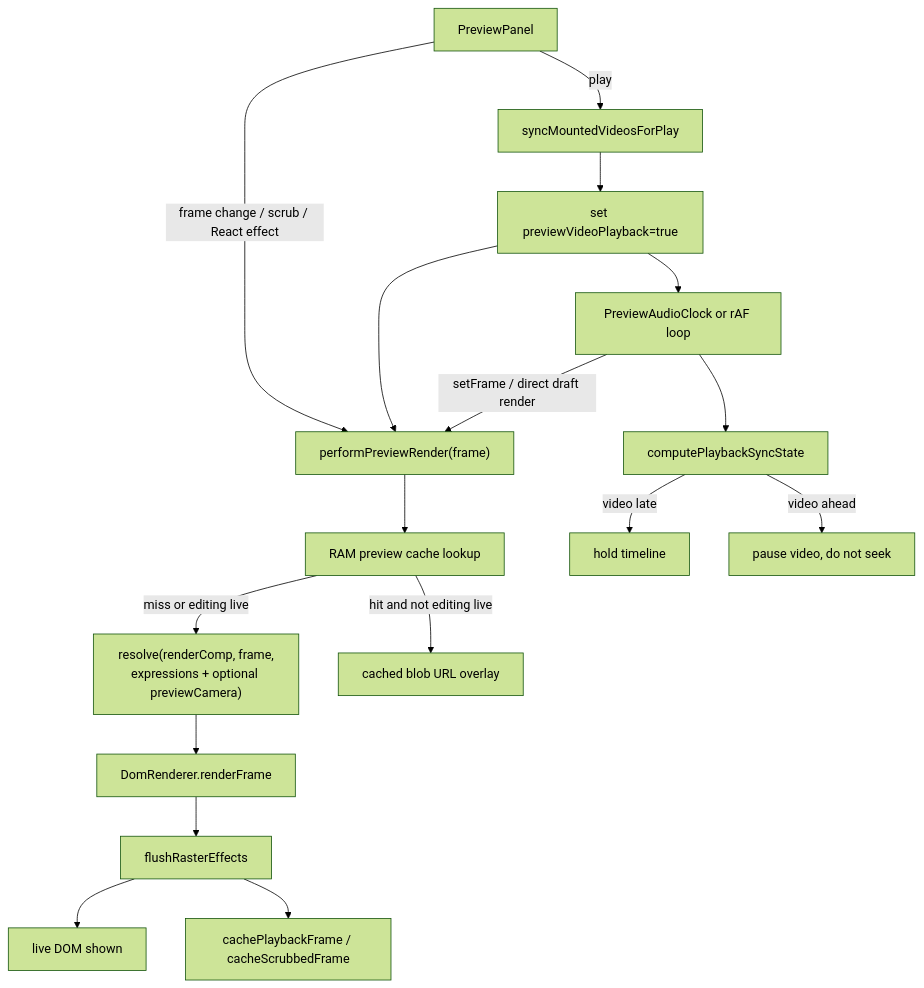
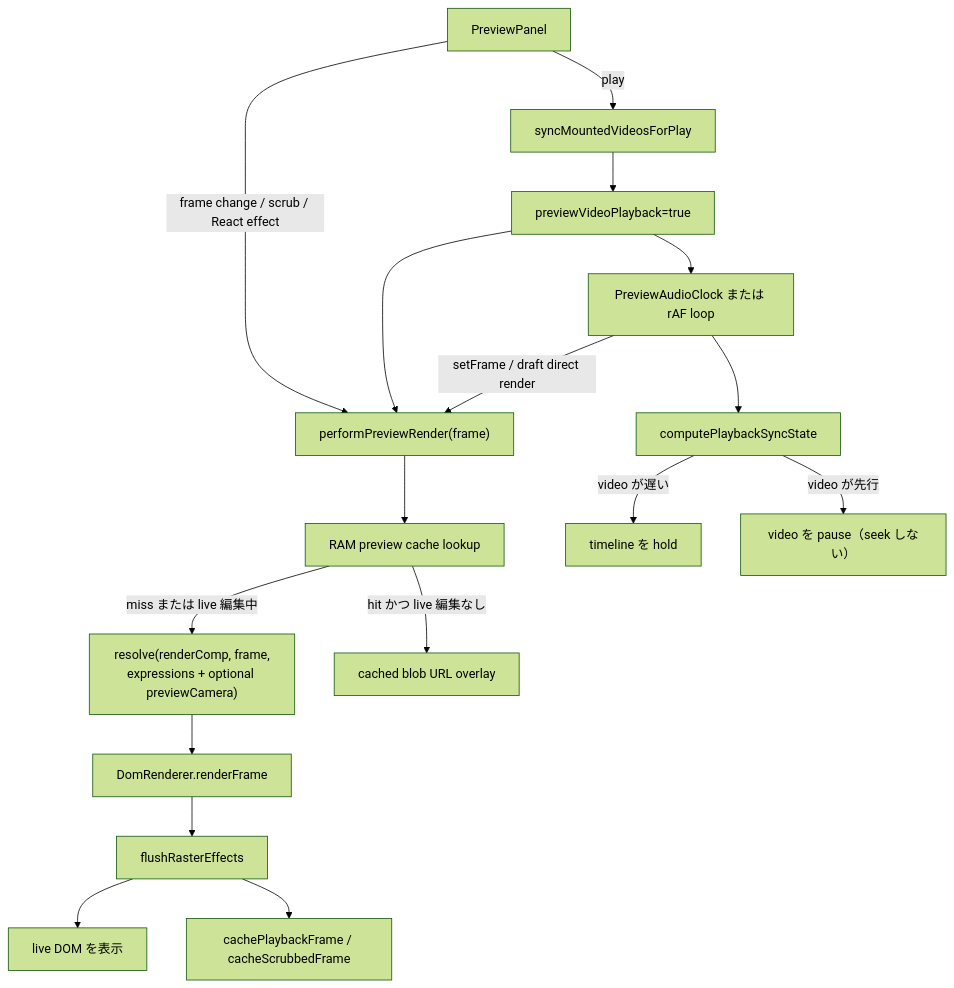
One commit to NutraloxidE/mafter-effect changed the second of 4 diagrams in doc/rendering-pipeline-current.md. Above: the diagram before and after it, drawn with Mermaid (forest theme). The commit also changed other lines of this file and 1 other file, not shown here.

````diff
--- a/doc/rendering-pipeline-current.md
+++ b/doc/rendering-pipeline-current.md
@@ -50,30 +50,30 @@
 ```mermaid
 flowchart TD
   UI["PreviewPanel"]
   Render["performPreviewRender(frame)"]
   Resolve["resolve(renderComp, frame,\nexpressions + optional previewCamera)"]
   Dom["DomRenderer.renderFrame"]
   FlushRaster["flushRasterEffects"]
-  Screen["live DOM shown"]
+  Screen["live DOM を表示"]
   CacheWrite["cachePlaybackFrame / cacheScrubbedFrame"]
   CacheRead["RAM preview cache lookup"]
   Overlay["cached blob URL overlay"]
 
   UI -->|"frame change / scrub / React effect"| Render
   Render --> CacheRead
-  CacheRead -->|"hit and not editing live"| Overlay
-  CacheRead -->|"miss or editing live"| Resolve
+  CacheRead -->|"hit かつ live 編集なし"| Overlay
+  CacheRead -->|"miss または live 編集中"| Resolve
   Resolve --> Dom
   Dom --> FlushRaster
   FlushRaster --> Screen
   FlushRaster --> CacheWrite
 
   UI -->|"play"| Barrier["syncMountedVideosForPlay"]
-  Barrier --> PlaybackFlag["set previewVideoPlayback=true"]
+  Barrier --> PlaybackFlag["previewVideoPlayback=true"]
   PlaybackFlag --> Render
-  PlaybackFlag --> Clock["PreviewAudioClock or rAF loop"]
-  Clock -->|"setFrame / direct draft render"| Render
+  PlaybackFlag --> Clock["PreviewAudioClock または rAF loop"]
+  Clock -->|"setFrame / draft direct render"| Render
   Clock --> Sync["computePlaybackSyncState"]
-  Sync -->|"video late"| Hold["hold timeline"]
-  Sync -->|"video ahead"| PauseVideo["pause video, do not seek"]
+  Sync -->|"video が遅い"| Hold["timeline を hold"]
+  Sync -->|"video が先行"| PauseVideo["video を pause（seek しない）"]
 ```
````
